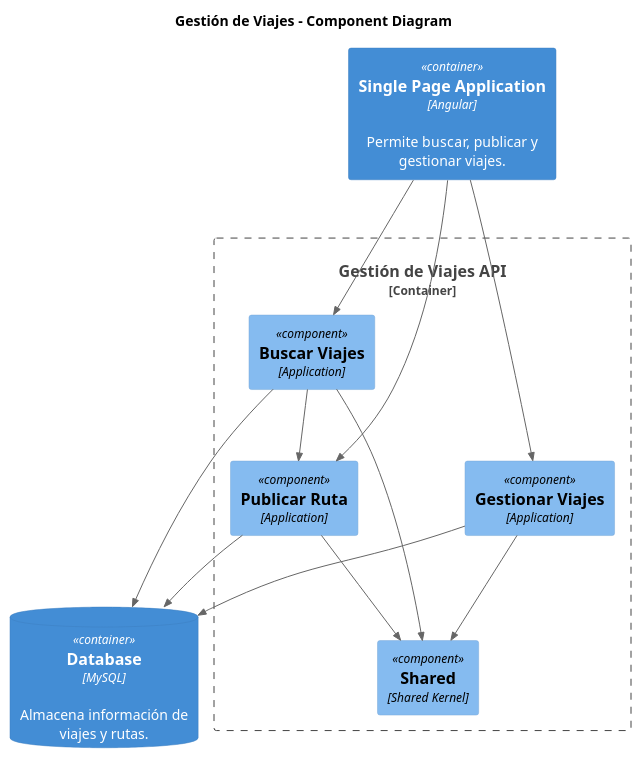
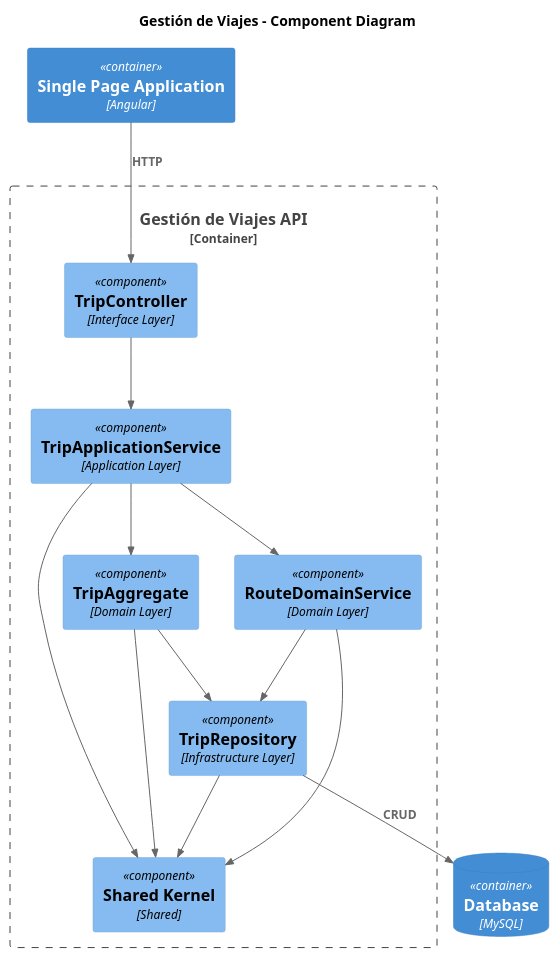
One commit to Angel-J11/UML-PROYECTO changed the diagram in C4/C4_Boundex_Nivel3/Gestion_Viaje.puml. Above: the diagram before and after it, drawn with PlantUML. The commit also changed 4 other files, not shown here.

```diff
--- a/C4/C4_Boundex_Nivel3/Gestion_Viaje.puml
+++ b/C4/C4_Boundex_Nivel3/Gestion_Viaje.puml
@@ -1,31 +1,37 @@
 @startuml "Gestión de Viajes - Components"
 !includeurl https://raw.githubusercontent.com/plantuml-stdlib/C4-PlantUML/master/C4_Component.puml
 
 title Gestión de Viajes - Component Diagram
 
-Container(spa, "Single Page Application", "Angular", "Permite buscar, publicar y gestionar viajes.")
-ContainerDb(db, "Database", "MySQL", "Almacena información de viajes y rutas.")
+Container(spa, "Single Page Application", "Angular")
+ContainerDb(db, "Database", "MySQL")
 
 Container_Boundary(api, "Gestión de Viajes API") {
 
-    Component(searchTrips, "Buscar Viajes", "Application")
-    Component(publishRoute, "Publicar Ruta", "Application")
-    Component(manageTrips, "Gestionar Viajes", "Application")
-    Component(shared, "Shared", "Shared Kernel")
+    Component(tripController, "TripController", "Interface Layer")
+    Component(tripApplicationService, "TripApplicationService", "Application Layer")
+    Component(tripAggregate, "TripAggregate", "Domain Layer")
+    Component(routeDomainService, "RouteDomainService", "Domain Layer")
+    Component(tripRepository, "TripRepository", "Infrastructure Layer")
+    Component(sharedKernel, "Shared Kernel", "Shared")
 
 }
 
-Rel(spa, searchTrips, "")
-Rel(spa, publishRoute, "")
-Rel(spa, manageTrips, "")
+Rel(spa, tripController, "HTTP")
 
-Rel(searchTrips, publishRoute, "")
-Rel(searchTrips, shared, "")
-Rel(publishRoute, shared, "")
-Rel(manageTrips, shared, "")
+Rel(tripController, tripApplicationService, "")
 
-Rel(searchTrips, db, "")
-Rel(publishRoute, db, "")
-Rel(manageTrips, db, "")
+Rel(tripApplicationService, tripAggregate, "")
+Rel(tripApplicationService, routeDomainService, "")
+
+Rel(tripAggregate, tripRepository, "")
+Rel(routeDomainService, tripRepository, "")
+
+Rel(tripRepository, db, "CRUD")
+
+Rel(tripApplicationService, sharedKernel, "")
+Rel(tripAggregate, sharedKernel, "")
+Rel(routeDomainService, sharedKernel, "")
+Rel(tripRepository, sharedKernel, "")
 
 @enduml
```
